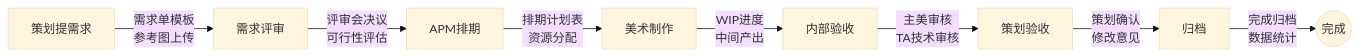
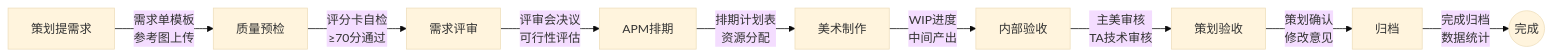
Before and after one commit to diedie23/Game-Knowledge-Base: the first of 3 diagrams in docs/knowledge-base/art-vs-planner-req.md, drawn with Mermaid (base theme). The commit also changed other lines of this file and 2 other files, not shown here.

````diff
--- a/docs/knowledge-base/art-vs-planner-req.md
+++ b/docs/knowledge-base/art-vs-planner-req.md
@@ -34,10 +47,11 @@
 ```mermaid
 graph LR
-    A[策划提需求] -->|需求单模板<br/>参考图上传| B[需求评审]
-    B -->|评审会决议<br/>可行性评估| C[APM排期]
-    C -->|排期计划表<br/>资源分配| D[美术制作]
-    D -->|WIP进度<br/>中间产出| E[内部验收]
-    E -->|主美审核<br/>TA技术审核| F[策划验收]
-    F -->|策划确认<br/>修改意见| G[归档]
-    G -->|完成归档<br/>数据统计| H((完成))
+    A[策划提需求] -->|需求单模板<br/>参考图上传| B[质量预检]
+    B -->|评分卡自检<br/>≥70分通过| C[需求评审]
+    C -->|评审会决议<br/>可行性评估| D[APM排期]
+    D -->|排期计划表<br/>资源分配| E[美术制作]
+    E -->|WIP进度<br/>中间产出| F[内部验收]
+    F -->|主美审核<br/>TA技术审核| G[策划验收]
+    G -->|策划确认<br/>修改意见| H[归档]
+    H -->|完成归档<br/>数据统计| I((完成))
 ```
````
